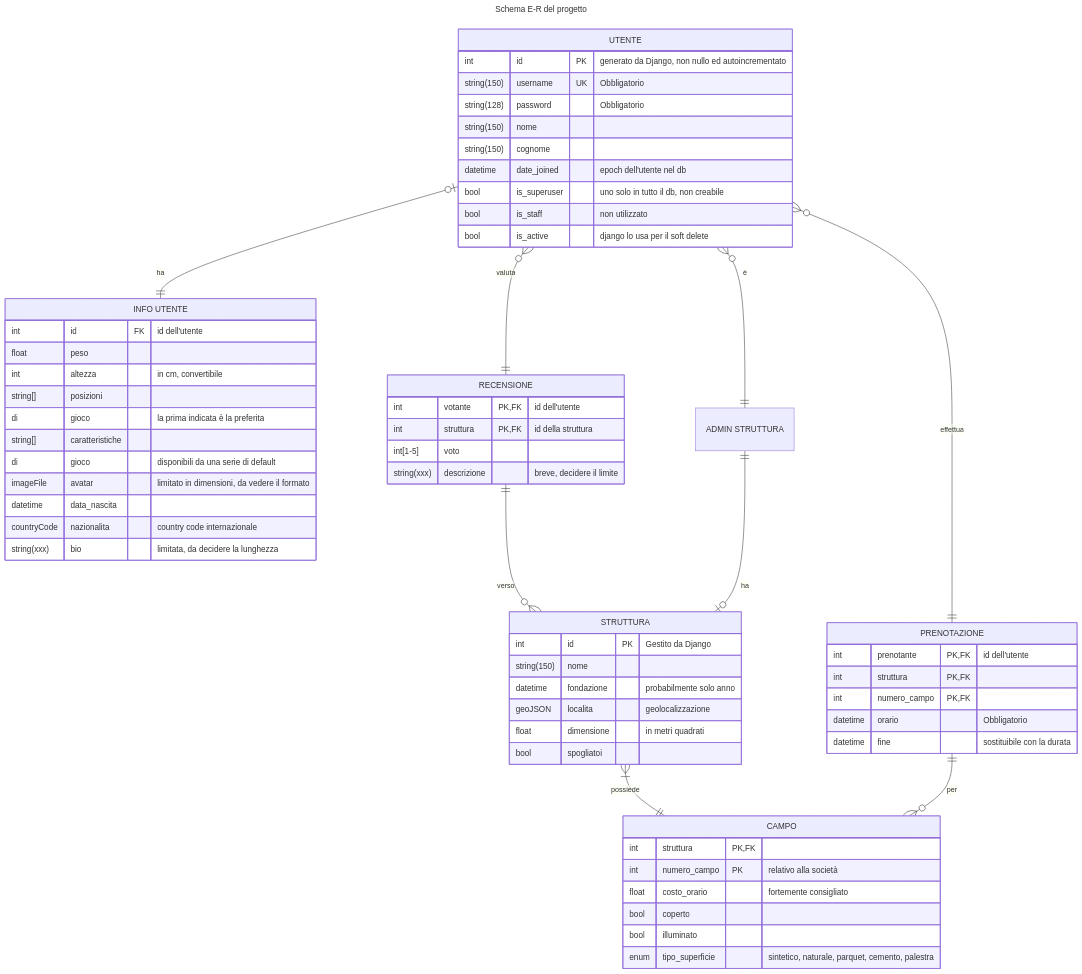
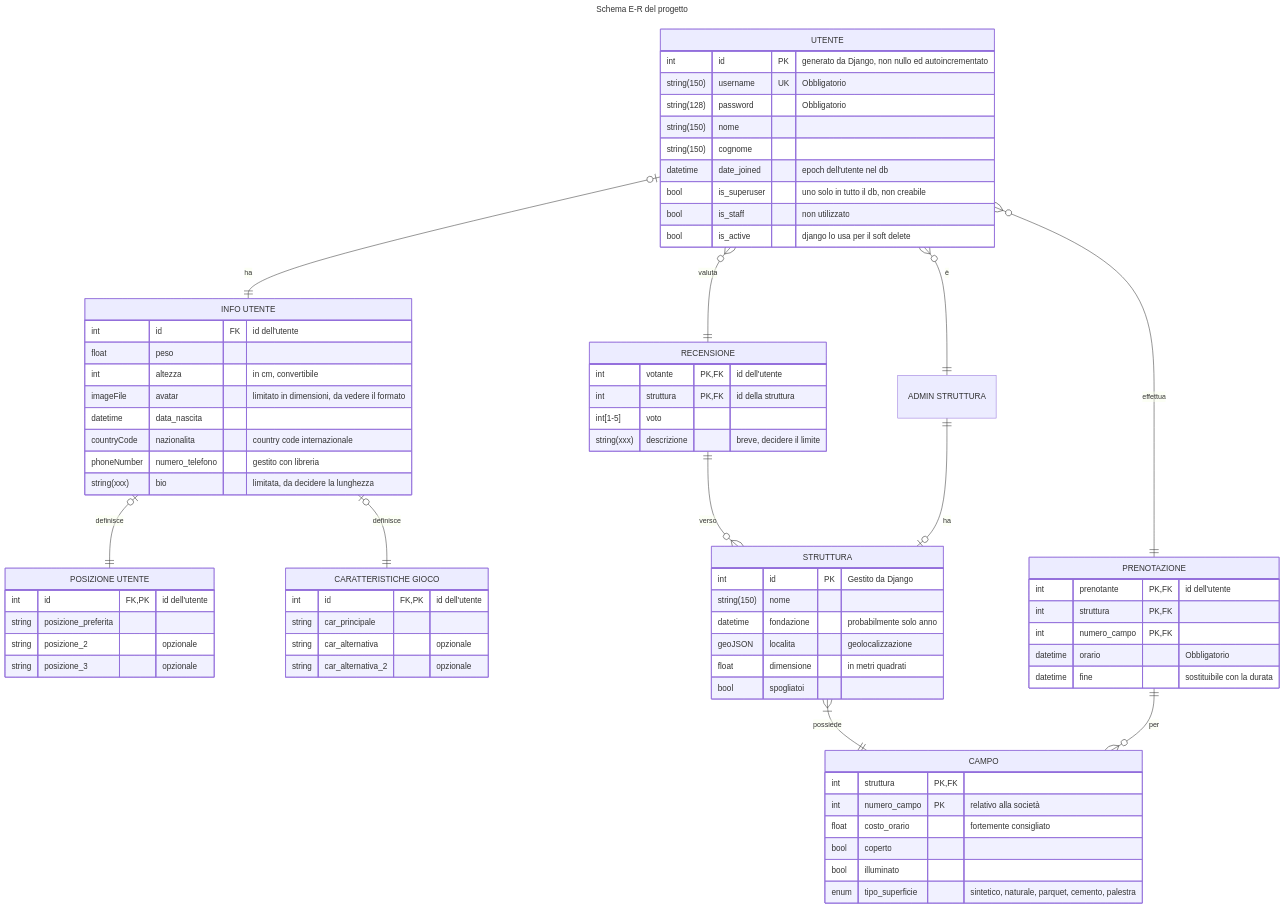
The diagram in docs/schemi.mmd (bergonzinifrancesco/backendTC), drawn with Mermaid before and after one commit. The commit also changed 13 other files, not shown here.

```diff
--- a/docs/schemi.mmd
+++ b/docs/schemi.mmd
@@ -1,73 +1,90 @@
 ---
 title: Schema E-R del progetto
 ---
 erDiagram
     UTENTE {
         int id PK "generato da Django, non nullo ed autoincrementato"
         string(150) username UK "Obbligatorio"
         string(128) password "Obbligatorio"
         string(150) nome
         string(150) cognome
         datetime date_joined "epoch dell'utente nel db"
         bool is_superuser "uno solo in tutto il db, non creabile"
         bool is_staff "non utilizzato" 
         bool is_active "django lo usa per il soft delete"
     }
 
     UTENTE o|--|| "INFO UTENTE" : "ha"
 
     "INFO UTENTE" {
         int id FK "id dell'utente"
         float peso
         int altezza "in cm, convertibile"
-        string[] posizioni di gioco "la prima indicata è la preferita"
-        string[] caratteristiche di gioco "disponibili da una serie di default"
         imageFile avatar "limitato in dimensioni, da vedere il formato"
         datetime data_nascita
         countryCode nazionalita "country code internazionale"
+        phoneNumber numero_telefono "gestito con libreria"
         string(xxx) bio "limitata, da decidere la lunghezza"
+    }
+    
+    "INFO UTENTE" o|--|| "POSIZIONE UTENTE" : "definisce"
+
+    "POSIZIONE UTENTE" {
+        int id FK,PK "id dell'utente"
+        string posizione_preferita
+        string posizione_2 "opzionale"
+        string posizione_3 "opzionale"
+    }
+
+    "INFO UTENTE" o|--|| "CARATTERISTICHE GIOCO" : "definisce"
+
+    "CARATTERISTICHE GIOCO" {
+        int id FK,PK "id dell'utente"
+        string car_principale
+        string car_alternativa "opzionale"
+        string car_alternativa_2 "opzionale"
     }
 
     STRUTTURA {
         int id PK "Gestito da Django"
         string(150) nome
         datetime fondazione "probabilmente solo anno"
         geoJSON localita "geolocalizzazione"
         float dimensione "in metri quadrati"
         bool spogliatoi
     }
 
     STRUTTURA |{--|| CAMPO : "possiede"
 
     CAMPO {
         int struttura PK, FK
         int numero_campo PK "relativo alla società"
         float costo_orario "fortemente consigliato"
         bool coperto
         bool illuminato
         enum tipo_superficie "sintetico, naturale, parquet, cemento, palestra"
     }
 
     PRENOTAZIONE ||--}o CAMPO : "per"
     UTENTE o{--|| PRENOTAZIONE : "effettua"
 
     PRENOTAZIONE {
         int prenotante PK,FK "id dell'utente"
         int struttura PK,FK
         int numero_campo PK,FK
         datetime orario "Obbligatorio"
         datetime fine "sostituibile con la durata"
     }
 
     UTENTE o{--|| RECENSIONE : "valuta"
     RECENSIONE ||--}o STRUTTURA : "verso"
 
     RECENSIONE {
         int votante PK,FK "id dell'utente"
         int struttura PK,FK "id della struttura"
         int[1-5] voto
         string(xxx) descrizione "breve, decidere il limite"
     }
 
     UTENTE o{--|| "ADMIN STRUTTURA" : "è"
     "ADMIN STRUTTURA" ||--o| STRUTTURA : "ha"
```
